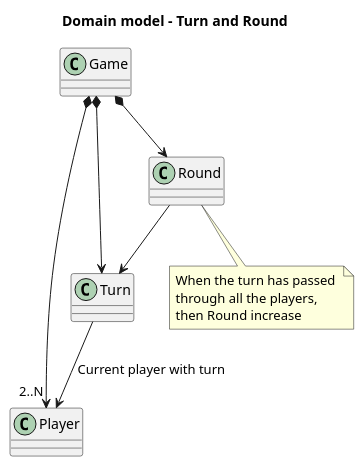
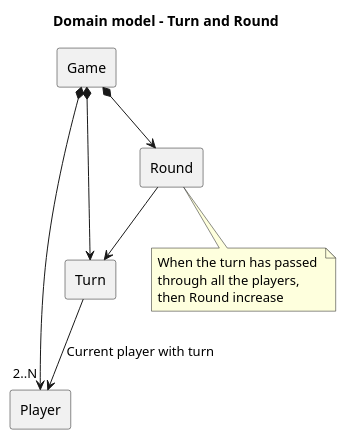
One commit to DainWs/Crazy-Random-Multiverse changed the diagram in docs/development/backend/diagrams/domain_model-turn_and_round.plantuml. Above: the diagram before and after it, drawn with PlantUML. The commit also changed 7 other files, not shown here.

Commit message:
Documentation: UML diagrams changes

```diff
--- a/docs/development/backend/diagrams/domain_model-turn_and_round.plantuml
+++ b/docs/development/backend/diagrams/domain_model-turn_and_round.plantuml
@@ -1,20 +1,25 @@
 @startuml
 title "Domain model - Turn and Round"
+
+rectangle Game
+rectangle Player
+rectangle Turn
+rectangle Round
 
 Game *--> "2..N" Player
 Game *--> Turn
 Game *--> Round
 
 Round --> Turn
 
 Turn --> Player : "Current player with turn"
 
 note as RoundAndTurn
 	When the turn has passed 
 	through all the players,
 	then Round increase
 end note
 
 Round .. RoundAndTurn
 
 @enduml
```
